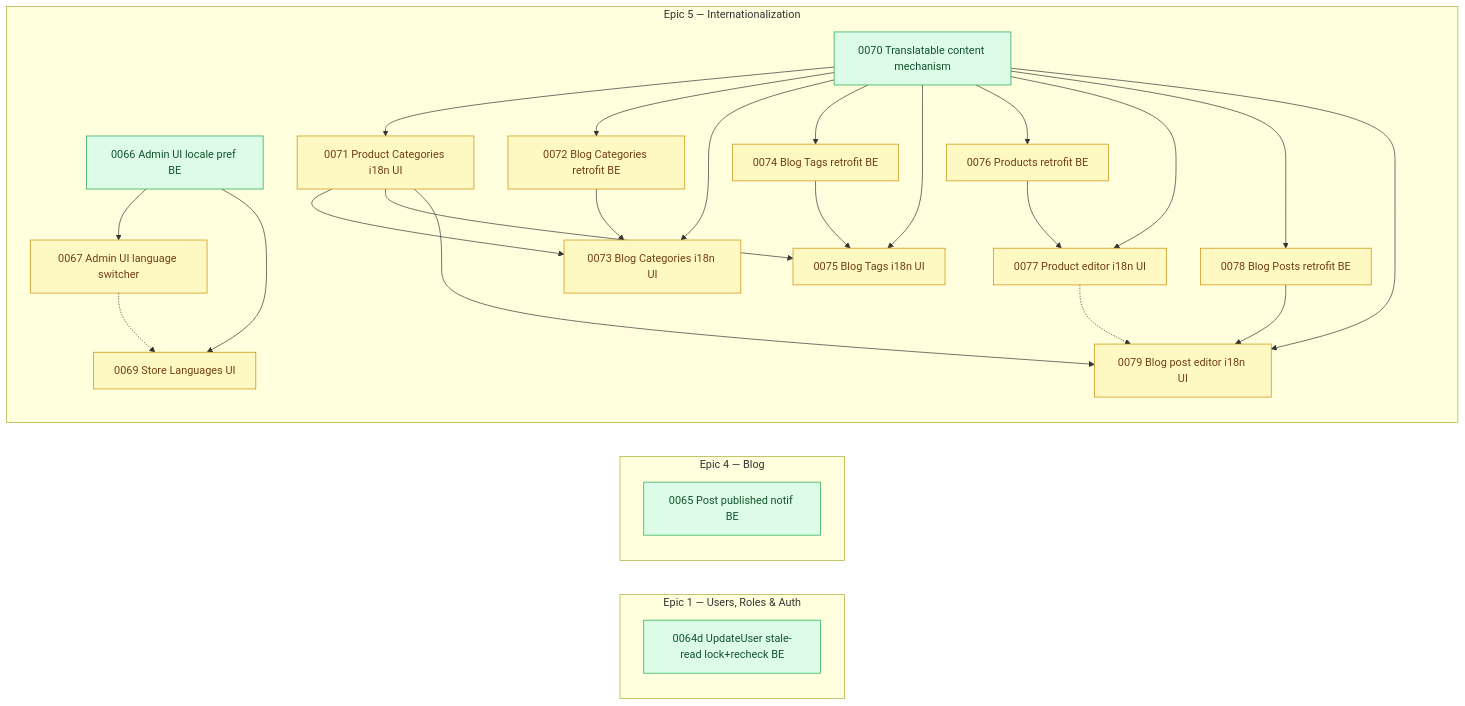
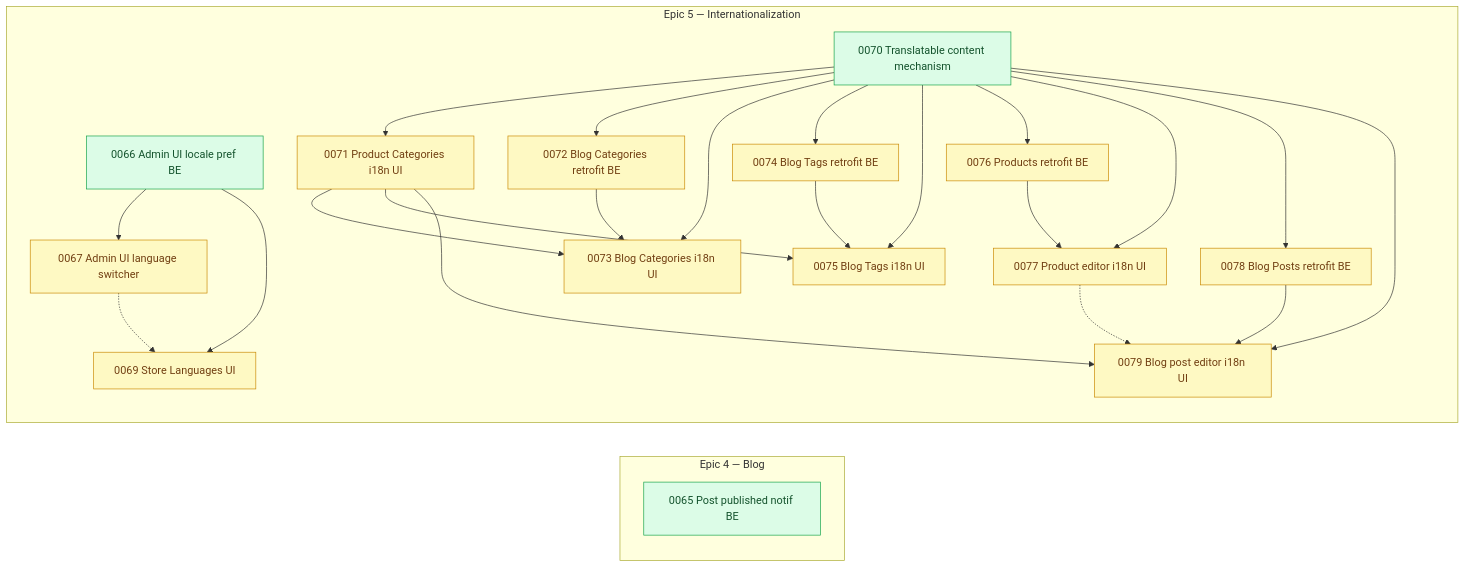
The diagram in arospe/ai-spec/tasks-map.md (shojen/AI4Devs-finalproject), drawn with Mermaid before and after one commit. The commit also changed other lines of this file and 3 other files, not shown here.

````diff
--- a/arospe/ai-spec/tasks-map.md
+++ b/arospe/ai-spec/tasks-map.md
@@ -317,11 +331,6 @@
     classDef pending fill:#fef9c3,stroke:#ca8a04,color:#713f12,stroke-width:1px;
     classDef ready fill:#dcfce7,stroke:#16a34a,color:#14532d,stroke-width:1px;
     classDef claimed fill:#dbeafe,stroke:#2563eb,color:#1e3a8a,stroke-width:1px;
-
-    subgraph PEND_AUTH["Epic 1 — Users, Roles & Auth"]
-        direction TB
-        P0064d["0064d UpdateUser stale-read lock+recheck BE"]
-    end
 
     subgraph PEND_BLOG["Epic 4 — Blog"]
         direction TB
@@ -406,5 +415,5 @@
     P0070 --> P0079
 
     class P0067,P0069,P0071,P0072,P0073,P0074,P0075,P0076,P0077,P0078,P0079 pending;
-    class P0065,P0066,P0070,P0064d ready;
+    class P0065,P0066,P0070 ready;
 ```
````
